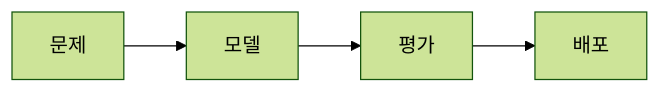
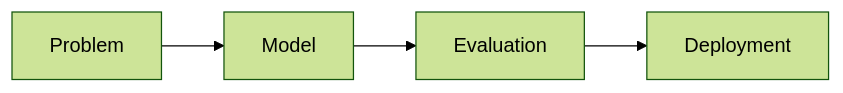
Before and after one commit to yeongseon-books/book-content: the diagram in content/data-science-career-101/ko/06-ml-interview.md, drawn with Mermaid (forest theme). The commit also changed other lines of this file and 9 other files, not shown here.

````diff
--- a/content/data-science-career-101/ko/06-ml-interview.md
+++ b/content/data-science-career-101/ko/06-ml-interview.md
@@ -41,6 +51,6 @@
 ```mermaid
 flowchart LR
-    P[문제] --> M[모델]
-    M --> E[평가]
-    E --> D[배포]
+    P[Problem] --> M[Model]
+    M --> E[Evaluation]
+    E --> D[Deployment]
 ```
````
